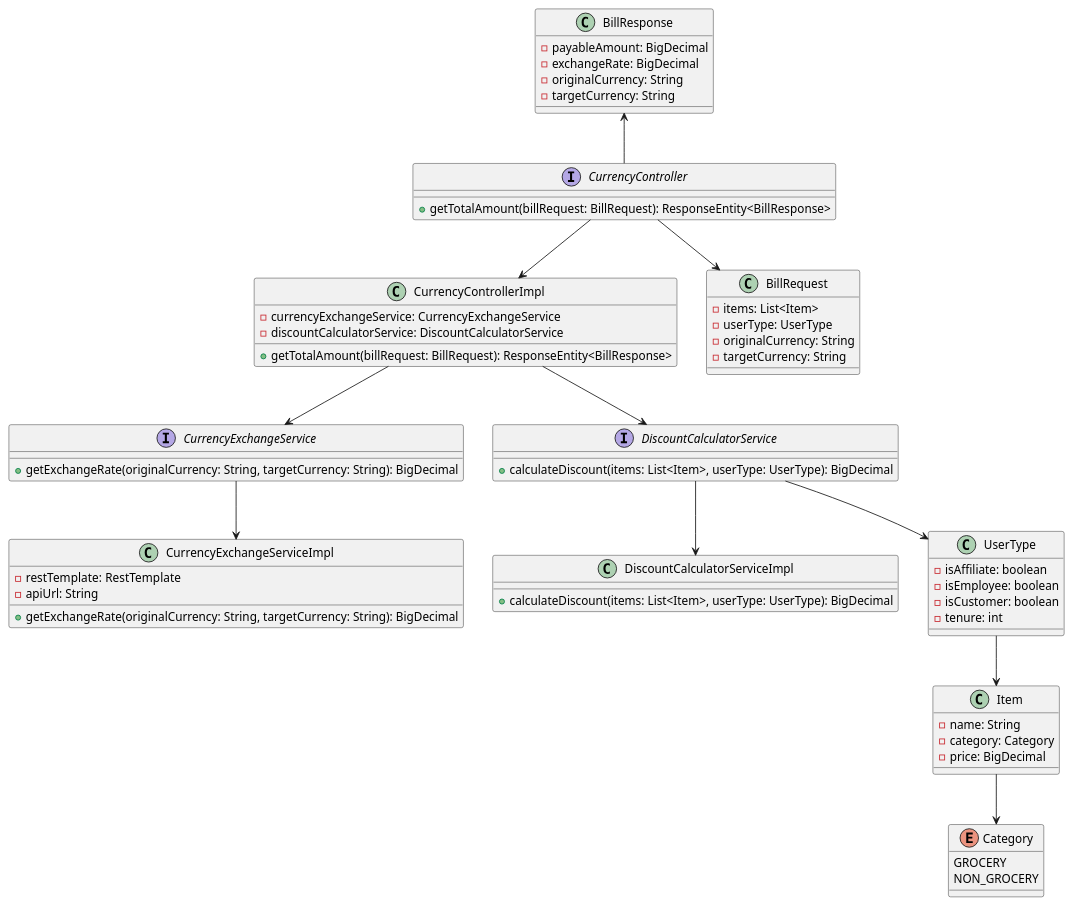
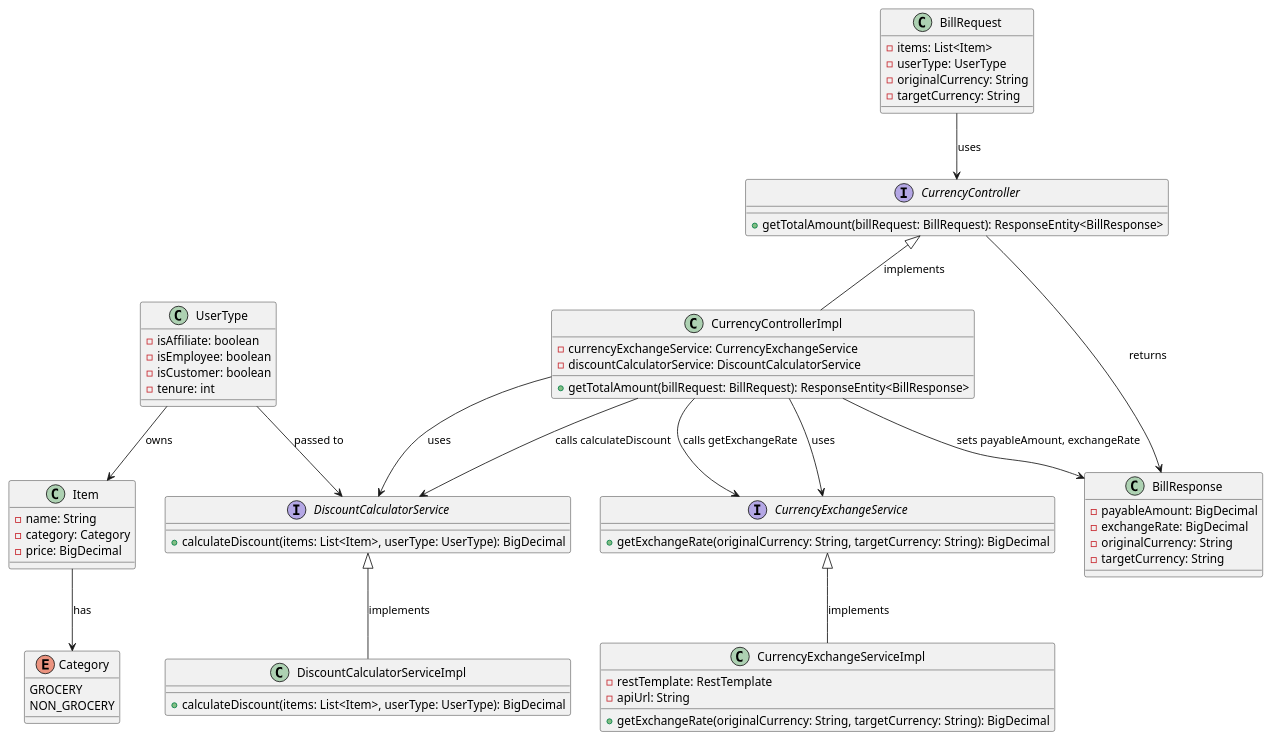
Before and after one commit to aleena-ch/SpringBoot-Currency-Converter: the diagram in UML.puml, drawn with PlantUML. The commit also changed 1 other file, not shown here.

Commit message:
updated uml file

```diff
--- a/UML.puml
+++ b/UML.puml
@@ -1,78 +1,83 @@
 @startuml
 
 ' Interface and Class Definitions
 interface CurrencyController {
     +getTotalAmount(billRequest: BillRequest): ResponseEntity<BillResponse>
 }
 
 class CurrencyControllerImpl {
     -currencyExchangeService: CurrencyExchangeService
     -discountCalculatorService: DiscountCalculatorService
     +getTotalAmount(billRequest: BillRequest): ResponseEntity<BillResponse>
 }
 
 interface CurrencyExchangeService {
     +getExchangeRate(originalCurrency: String, targetCurrency: String): BigDecimal
 }
 
 class CurrencyExchangeServiceImpl {
     -restTemplate: RestTemplate
     -apiUrl: String
     +getExchangeRate(originalCurrency: String, targetCurrency: String): BigDecimal
 }
 
 interface DiscountCalculatorService {
     +calculateDiscount(items: List<Item>, userType: UserType): BigDecimal
 }
 
 class DiscountCalculatorServiceImpl {
     +calculateDiscount(items: List<Item>, userType: UserType): BigDecimal
 }
 
 ' Data Classes
 class BillRequest {
     -items: List<Item>
     -userType: UserType
     -originalCurrency: String
     -targetCurrency: String
 }
 
 class BillResponse {
     -payableAmount: BigDecimal
     -exchangeRate: BigDecimal
     -originalCurrency: String
     -targetCurrency: String
 }
 
 class UserType {
     -isAffiliate: boolean
     -isEmployee: boolean
     -isCustomer: boolean
     -tenure: int
 }
 
 class Item {
     -name: String
     -category: Category
     -price: BigDecimal
 }
 
 ' Enum Definitions
 enum Category {
     GROCERY
     NON_GROCERY
 }
 
 ' Relationships
-CurrencyController --> CurrencyControllerImpl
-CurrencyControllerImpl --> DiscountCalculatorService
-CurrencyControllerImpl --> CurrencyExchangeService
-CurrencyExchangeService --> CurrencyExchangeServiceImpl
-DiscountCalculatorService --> DiscountCalculatorServiceImpl
-CurrencyController --> BillRequest
-DiscountCalculatorService --> UserType
-BillResponse <-- CurrencyController
-UserType --> Item
-Item --> Category
+CurrencyController <|-- CurrencyControllerImpl : implements
+CurrencyControllerImpl --> DiscountCalculatorService : uses
+CurrencyControllerImpl --> CurrencyExchangeService : uses
+CurrencyExchangeService <|-- CurrencyExchangeServiceImpl : implements
+DiscountCalculatorService <|-- DiscountCalculatorServiceImpl : implements
+BillRequest --> CurrencyController : uses
+BillResponse <-- CurrencyController : returns
+UserType --> DiscountCalculatorService : passed to
+UserType --> Item : owns
+Item --> Category : has
+
+' Flow of Data:
+CurrencyControllerImpl --> DiscountCalculatorService : calls calculateDiscount
+CurrencyControllerImpl --> CurrencyExchangeService : calls getExchangeRate
+CurrencyControllerImpl --> BillResponse : sets payableAmount, exchangeRate
 
 @enduml
```
